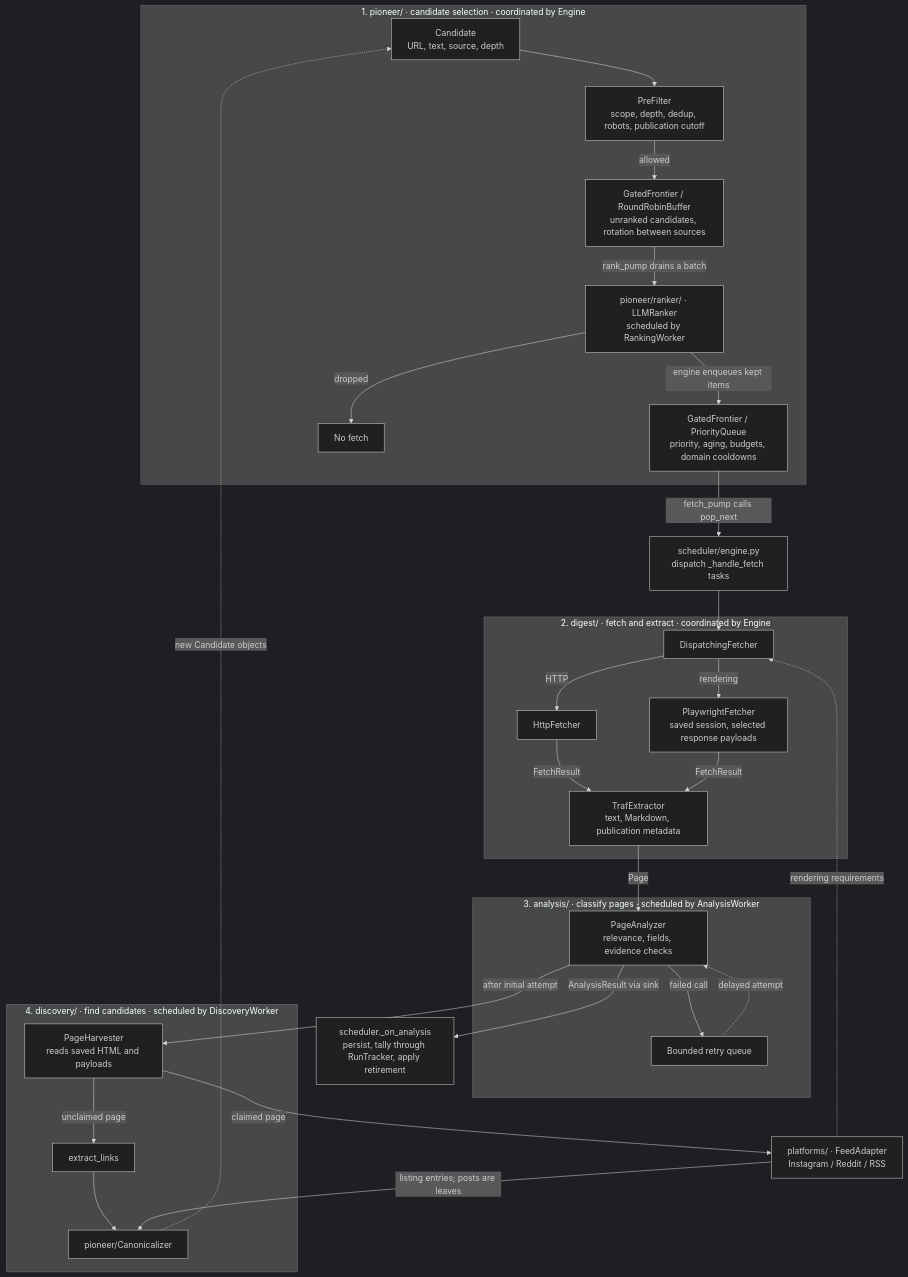
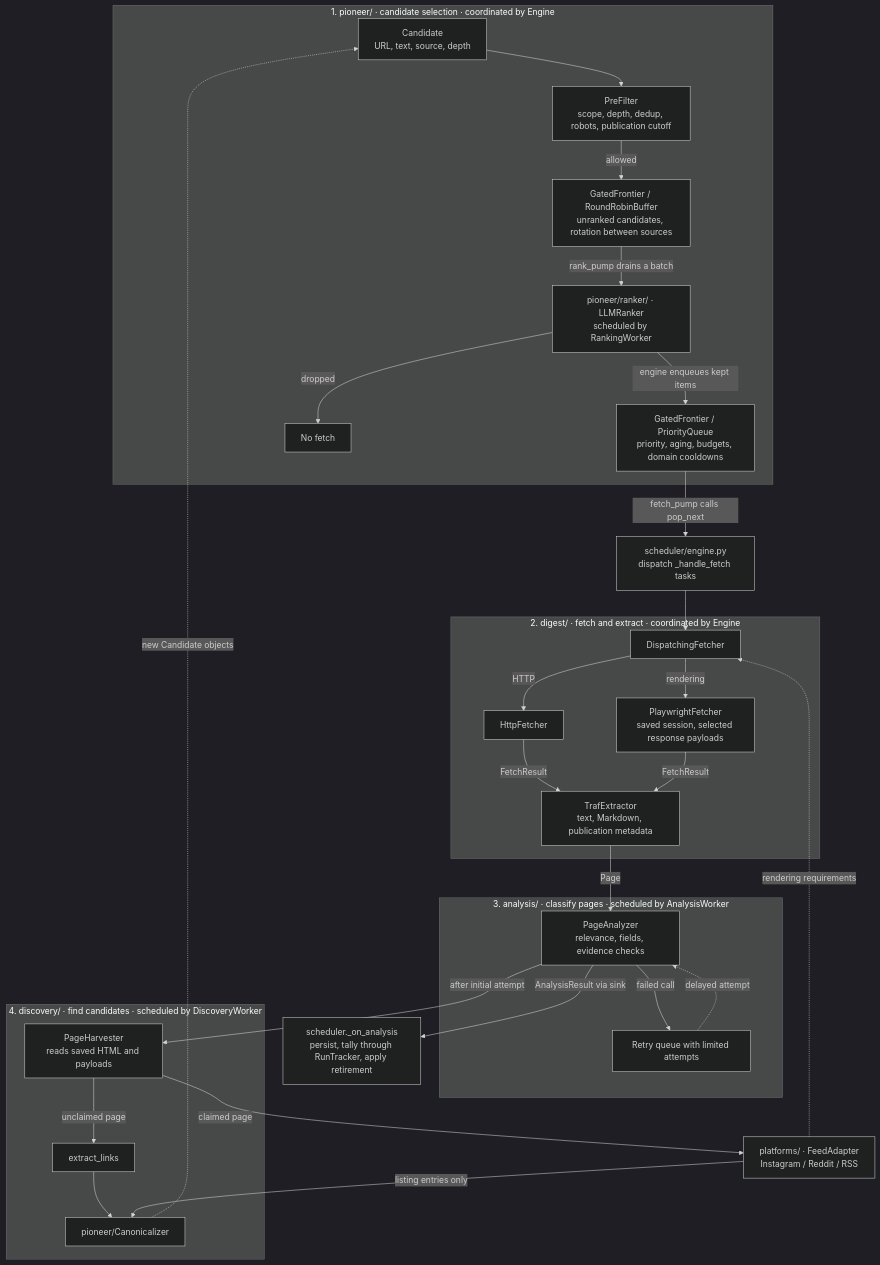
The first of 2 diagrams in docs/arch.md (shixuan/crawl-me-maybe), drawn with Mermaid (dark theme) before and after one commit. The commit also changed other lines of this file and 3 other files, not shown here.

````diff
--- a/docs/arch.md
+++ b/docs/arch.md
@@ -10,41 +10,41 @@
 ```mermaid
 flowchart TB
     subgraph pioneer["1. pioneer/ · candidate selection · coordinated by Engine"]
         candidates["Candidate<br>URL, text, source, depth"] --> filter["PreFilter<br>scope, depth, dedup, robots, publication cutoff"]
         filter -->|allowed| buffer["GatedFrontier / RoundRobinBuffer<br>unranked candidates, rotation between sources"]
         buffer -->|rank_pump drains a batch| ranker["pioneer/ranker/ · LLMRanker<br>scheduled by RankingWorker"]
         ranker -->|engine enqueues kept items| queue["GatedFrontier / PriorityQueue<br>priority, aging, budgets, domain cooldowns"]
         ranker -->|dropped| dropped["No fetch"]
     end
 
     queue -->|fetch_pump calls pop_next| dispatch["scheduler/engine.py<br>dispatch _handle_fetch tasks"]
 
     subgraph digest["2. digest/ · fetch and extract · coordinated by Engine"]
         fetcher[DispatchingFetcher] -->|HTTP| http[HttpFetcher]
         fetcher -->|rendering| browser["PlaywrightFetcher<br>saved session, selected response payloads"]
         http -->|FetchResult| extractor["TrafExtractor<br>text, Markdown, publication metadata"]
         browser -->|FetchResult| extractor
     end
     dispatch --> fetcher
 
     subgraph analysis["3. analysis/ · classify pages · scheduled by AnalysisWorker"]
         analyzer["PageAnalyzer<br>relevance, fields, evidence checks"]
-        analyzer -->|failed call| retry["Bounded retry queue"]
+        analyzer -->|failed call| retry["Retry queue with limited attempts"]
         retry -. delayed attempt .-> analyzer
     end
     extractor -->|Page| analyzer
     analyzer -->|AnalysisResult via sink| sink["scheduler._on_analysis<br>persist, tally through RunTracker, apply retirement"]
 
     subgraph discovery["4. discovery/ · find candidates · scheduled by DiscoveryWorker"]
         harvest["PageHarvester<br>reads saved HTML and payloads"]
         harvest -->|unclaimed page| links[extract_links]
         canonical["pioneer/Canonicalizer"]
         links --> canonical
     end
     adapters["platforms/ · FeedAdapter<br>Instagram / Reddit / RSS"]
     harvest -->|claimed page| adapters
-    adapters -->|listing entries; posts are leaves| canonical
+    adapters -->|listing entries only| canonical
     adapters -. rendering requirements .-> fetcher
     analyzer -->|after initial attempt| harvest
     canonical -. new Candidate objects .-> candidates
 ```
````
